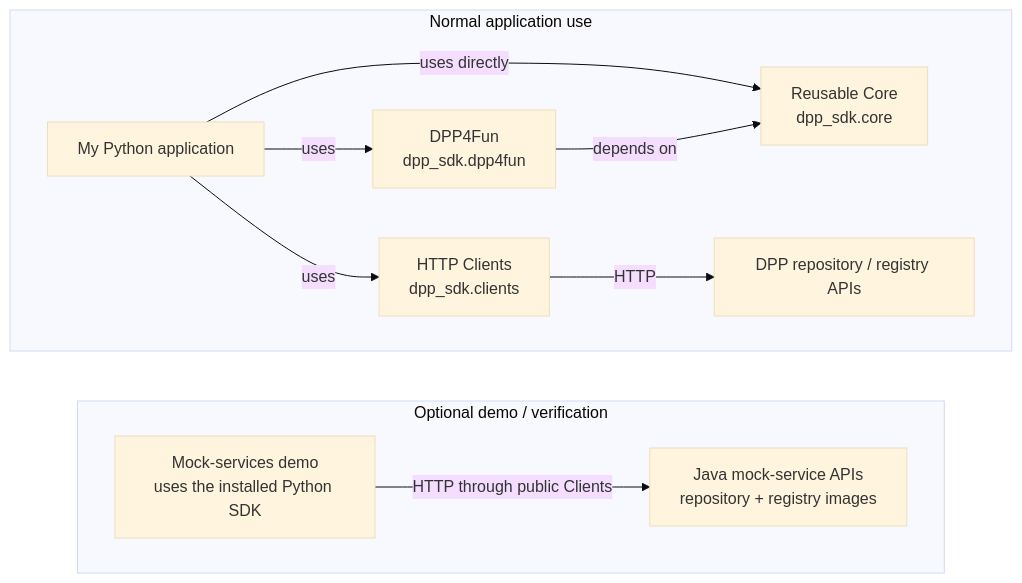
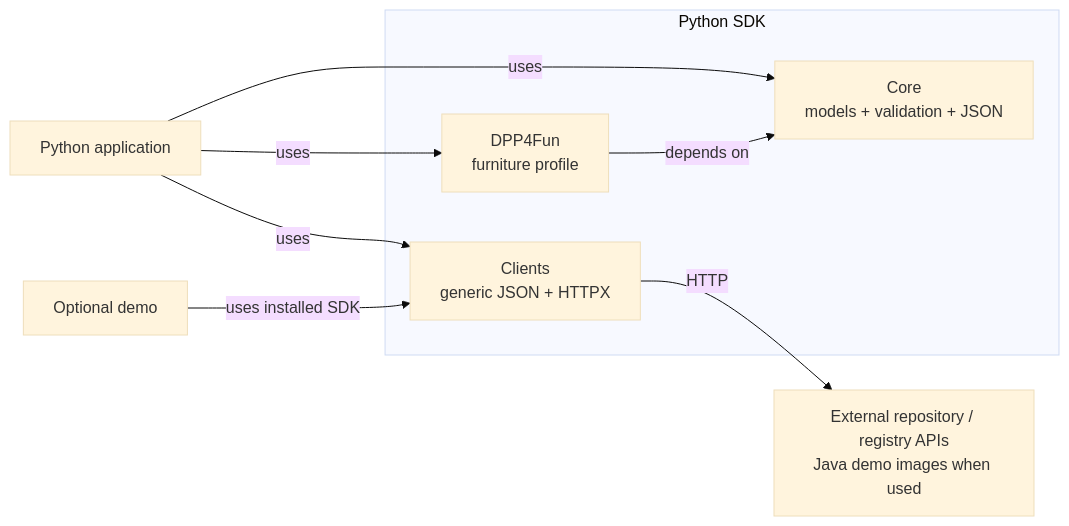
One commit to CIR4FUN-EU/python-dpp-sdk changed the diagram in docs/architecture/python-sdk-overview.mmd. Above: the diagram before and after it, drawn with Mermaid (base theme). The commit also changed 114 other files, not shown here.

Commit message:
Release 0.5.0: canonical passport model, DPP4Fun profile, JSON clients, and reworked documentation

```diff
--- a/docs/architecture/python-sdk-overview.mmd
+++ b/docs/architecture/python-sdk-overview.mmd
@@ -1,24 +1,12 @@
-flowchart TB
-  subgraph Normal["Normal application use"]
-    direction LR
-    App["My Python application"]
-    Core["Reusable Core<br/>dpp_sdk.core"]
-    Dpp4Fun["DPP4Fun<br/>dpp_sdk.dpp4fun"]
-    Clients["HTTP Clients<br/>dpp_sdk.clients"]
-    APIs["DPP repository / registry APIs"]
+flowchart LR
+  App["Python application"] -->|uses| Dpp4Fun
+  App -->|uses| Core
+  App -->|uses| Clients
+  Demo["Optional demo"] -->|uses installed SDK| Clients
 
-    App -->|uses directly| Core
-    App -->|uses| Dpp4Fun
-    Dpp4Fun -->|depends on| Core
-    App -->|uses| Clients
-    Clients -->|HTTP| APIs
+  subgraph SDK["Python SDK"]
+    Dpp4Fun["DPP4Fun<br/>furniture profile"] -->|depends on| Core["Core<br/>models + validation + JSON"]
+    Clients["Clients<br/>generic JSON + HTTPX"]
   end
 
-  subgraph Optional["Optional demo / verification"]
-    direction LR
-    Demo["Mock-services demo<br/>uses the installed Python SDK"]
-    Java["Java mock-service APIs<br/>repository + registry images"]
-    Demo -->|HTTP through public Clients| Java
-  end
-
-  Normal ~~~ Optional
+  Clients -->|HTTP| APIs["External repository / registry APIs<br/>Java demo images when used"]
```
